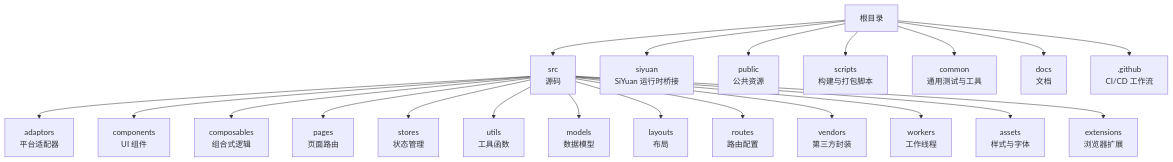
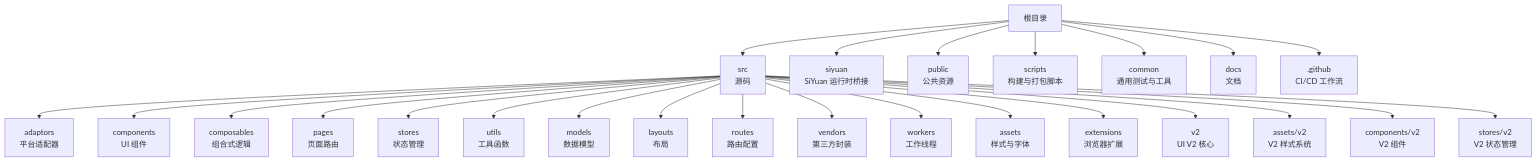
Before and after one commit to terwer/siyuan-plugin-publisher: the first of 7 diagrams in .qoder/repowiki/zh/content/开发指南/开发指南.md, drawn with Mermaid. The commit also changed other lines of this file and 12 other files, not shown here.

````diff
--- a/.qoder/repowiki/zh/content/开发指南/开发指南.md
+++ b/.qoder/repowiki/zh/content/开发指南/开发指南.md
@@ -44,23 +62,27 @@
 ```mermaid
 graph TB
 A["根目录"] --> B["src<br/>源码"]
 A --> C["siyuan<br/>SiYuan 运行时桥接"]
 A --> D["public<br/>公共资源"]
 A --> E["scripts<br/>构建与打包脚本"]
 A --> F["common<br/>通用测试与工具"]
 A --> G["docs<br/>文档"]
 A --> H[".github<br/>CI/CD 工作流"]
 B --> B1["adaptors<br/>平台适配器"]
 B --> B2["components<br/>UI 组件"]
 B --> B3["composables<br/>组合式逻辑"]
 B --> B4["pages<br/>页面路由"]
 B --> B5["stores<br/>状态管理"]
 B --> B6["utils<br/>工具函数"]
 B --> B7["models<br/>数据模型"]
 B --> B8["layouts<br/>布局"]
 B --> B9["routes<br/>路由配置"]
 B --> B10["vendors<br/>第三方封装"]
 B --> B11["workers<br/>工作线程"]
 B --> B12["assets<br/>样式与字体"]
 B --> B13["extensions<br/>浏览器扩展"]
+B --> B14["v2<br/>UI V2 核心"]
+B --> B15["assets/v2<br/>V2 样式系统"]
+B --> B16["components/v2<br/>V2 组件"]
+B --> B17["stores/v2<br/>V2 状态管理"]
 ```
````
